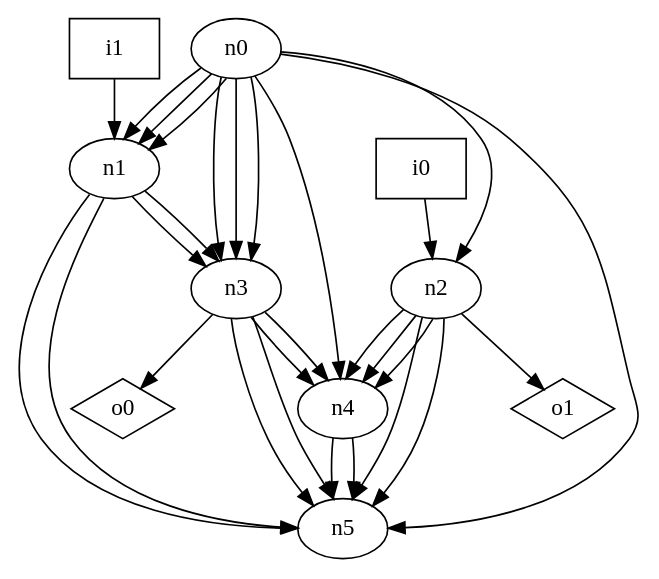
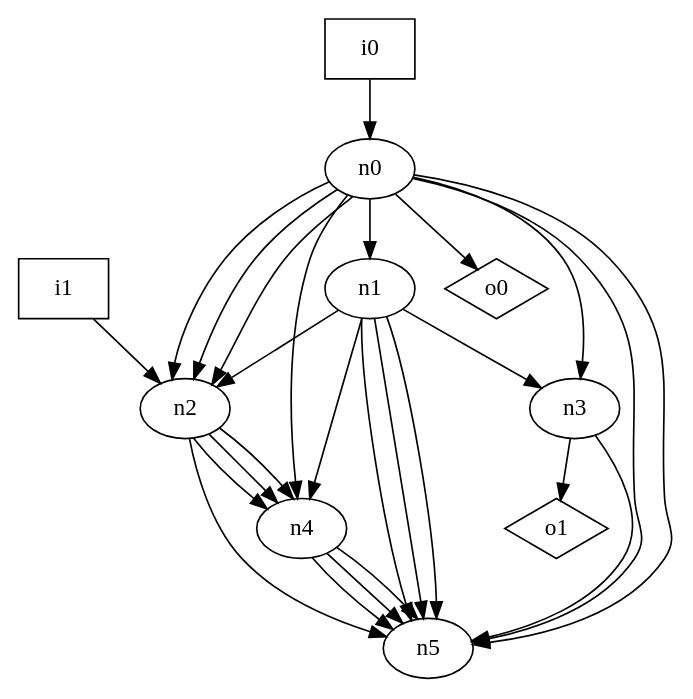
The diagram in dot_files/random_graph/DAG_loop_free_graph.dot (p9romain/bool-circuits), drawn with Graphviz before and after one commit. The commit also changed 73 other files, not shown here.

```diff
--- a/dot_files/random_graph/DAG_loop_free_graph.dot
+++ b/dot_files/random_graph/DAG_loop_free_graph.dot
@@ -1,40 +1,38 @@
 digraph G {
 n0 [label="n0"];
 n1 [label="n1"];
 n2 [label="n2"];
 n3 [label="n3"];
 n4 [label="n4"];
 n5 [label="n5"];
 n6 [label="i0",shape="box"];
 n7 [label="i1",shape="box"];
 n8 [label="o0",shape="diamond"];
 n9 [label="o1",shape="diamond"];
 n0 -> n1
-n0 -> n1
-n0 -> n1
 n0 -> n2
-n0 -> n3
-n0 -> n3
+n0 -> n2
+n0 -> n2
 n0 -> n3
 n0 -> n4
 n0 -> n5
+n0 -> n5
+n0 -> n8
+n1 -> n2
 n1 -> n3
-n1 -> n3
+n1 -> n4
+n1 -> n5
 n1 -> n5
 n1 -> n5
 n2 -> n4
 n2 -> n4
 n2 -> n4
 n2 -> n5
-n2 -> n5
-n2 -> n9
-n3 -> n4
-n3 -> n4
 n3 -> n5
-n3 -> n5
-n3 -> n8
+n3 -> n9
 n4 -> n5
 n4 -> n5
-n6 -> n2
-n7 -> n1
+n4 -> n5
+n6 -> n0
+n7 -> n2
 }
```
